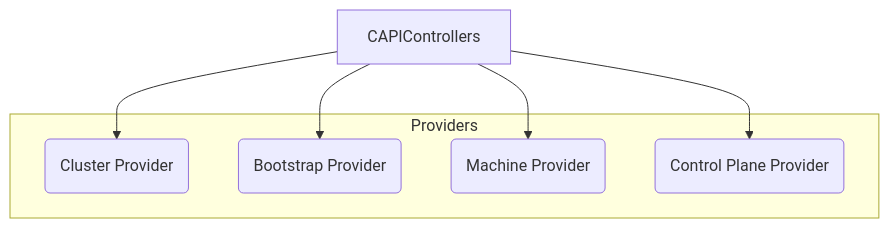
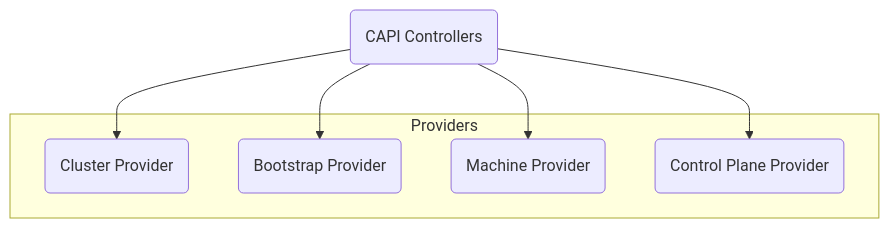
One commit to aiyengar2/k8s-docs changed the second of 2 diagrams in docs/provisioning/00_capi.md. Above: the diagram before and after it, drawn with Mermaid.

````diff
--- a/docs/provisioning/00_capi.md
+++ b/docs/provisioning/00_capi.md
@@ -57,13 +57,14 @@
 ```mermaid
 graph TD
+    CAPIControllers("CAPI Controllers")
     subgraph Providers
     ClusterProvider("Cluster Provider")
     BootstrapProvider("Bootstrap Provider")
     MachineProvider("Machine Provider")
     ControlPlaneProvider("Control Plane Provider")
     end
     CAPIControllers-->ClusterProvider
     CAPIControllers-->BootstrapProvider
     CAPIControllers-->MachineProvider
     CAPIControllers-->ControlPlaneProvider
 ```
````
